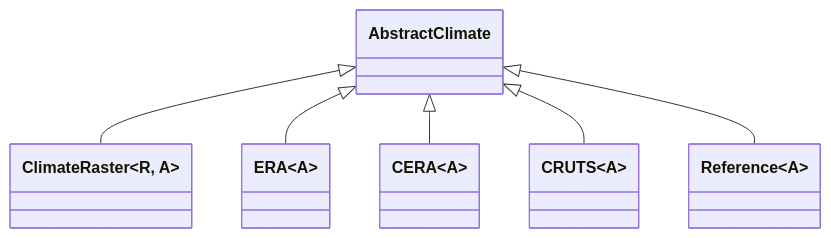
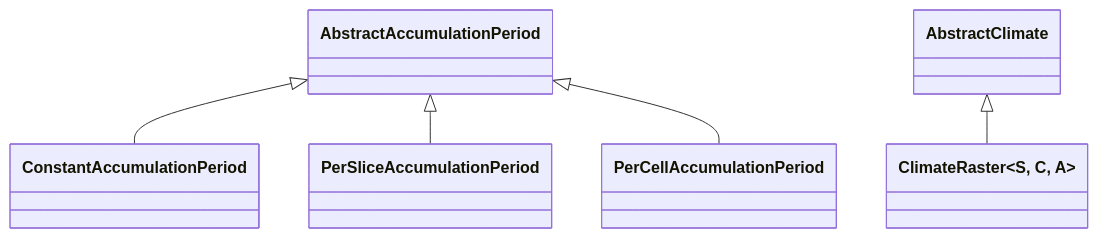
Before and after one commit to EcoJulia/EcoSISTEM.jl: diagram 16 of 17 in docs/architecture.md, drawn with Mermaid. The commit also changed other lines of this file and 17 other files, not shown here.

````diff
--- a/docs/architecture.md
+++ b/docs/architecture.md
@@ -284,13 +799,9 @@
 ```mermaid
 classDiagram
-    class ClimateRaster~R, A~
-    class ERA~A~
-    class CERA~A~
-    class CRUTS~A~
-    class Reference~A~
+    class ClimateRaster~S, C, A~
+    class AbstractAccumulationPeriod
     AbstractClimate <|-- ClimateRaster
-    AbstractClimate <|-- ERA
-    AbstractClimate <|-- CERA
-    AbstractClimate <|-- CRUTS
-    AbstractClimate <|-- Reference
+    AbstractAccumulationPeriod <|-- ConstantAccumulationPeriod
+    AbstractAccumulationPeriod <|-- PerSliceAccumulationPeriod
+    AbstractAccumulationPeriod <|-- PerCellAccumulationPeriod
 ```
````
